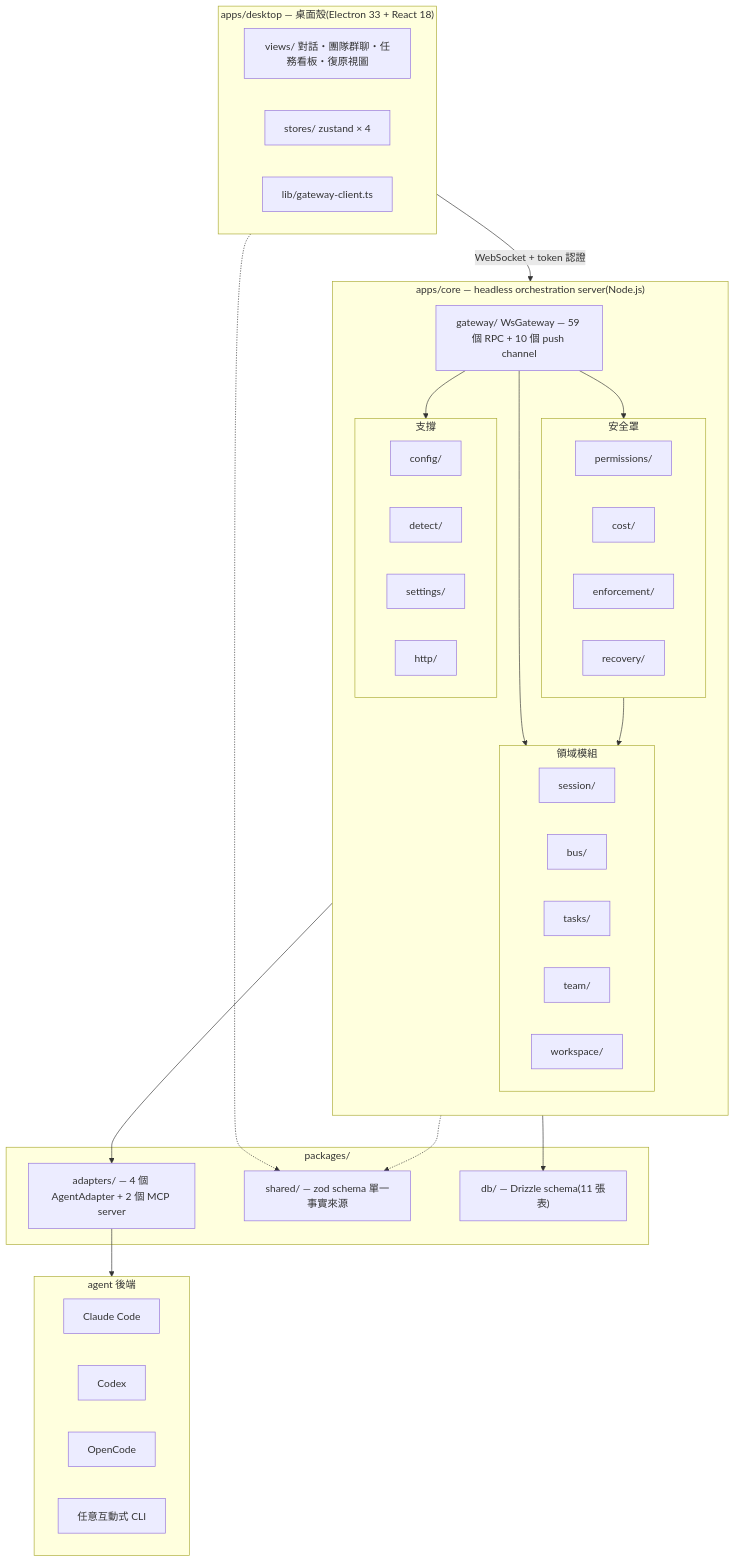
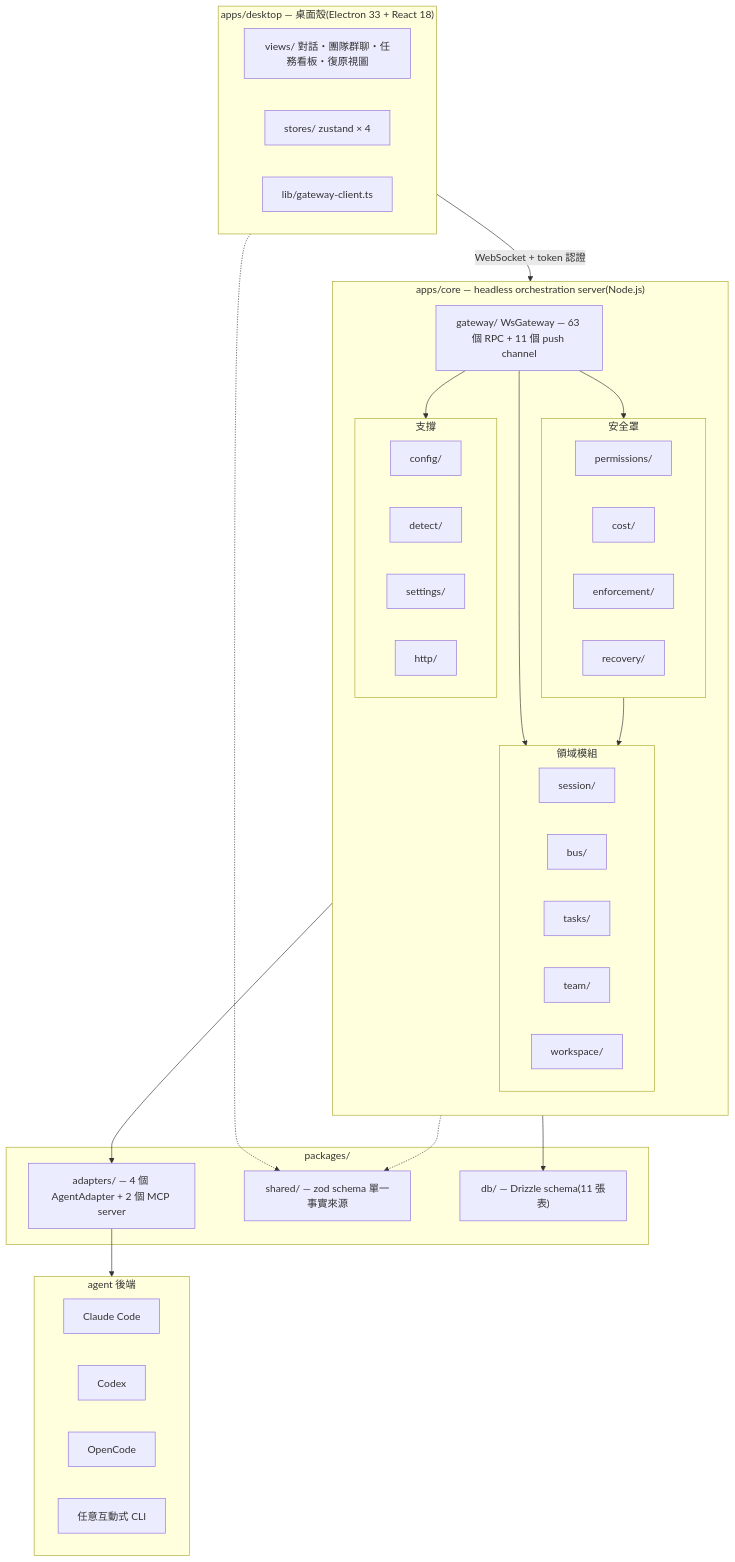
Before and after one commit to xing-101729/deskmony: the first of 6 diagrams in docs/ARCHITECTURE.md, drawn with Mermaid. The commit also changed other lines of this file and 3 other files, not shown here.

First line of the commit message:
Add a capability-oriented FEATURES.md, refresh remote-capability claims in README/ARCHITECTURE

````diff
--- a/docs/ARCHITECTURE.md
+++ b/docs/ARCHITECTURE.md
@@ -44,61 +44,61 @@
 ```mermaid
 flowchart TB
     subgraph SHELL["apps/desktop — 桌面殼(Electron 33 + React 18)"]
         direction LR
         Views["views/ 對話・團隊群聊・任務看板・復原視圖"]
         Stores["stores/ zustand × 4"]
         GWC["lib/gateway-client.ts"]
     end
 
     subgraph CORE["apps/core — headless orchestration server(Node.js)"]
         direction TB
-        GW["gateway/ WsGateway — 59 個 RPC + 10 個 push channel"]
+        GW["gateway/ WsGateway — 63 個 RPC + 11 個 push channel"]
         subgraph DOMAIN["領域模組"]
             direction LR
             Sess["session/"]
             Bus["bus/"]
             Task["tasks/"]
             Team["team/"]
             Work["workspace/"]
         end
         subgraph SHIELD["安全罩"]
             direction LR
             Perm["permissions/"]
             Cost["cost/"]
             Enf["enforcement/"]
             Rec["recovery/"]
         end
         subgraph SUPPORT["支撐"]
             direction LR
             Cfg["config/"]
             Det["detect/"]
             Set["settings/"]
             Http["http/"]
         end
     end
 
     subgraph PKG["packages/"]
         Adapters["adapters/ — 4 個 AgentAdapter + 2 個 MCP server"]
         Shared["shared/ — zod schema 單一事實來源"]
         Db["db/ — Drizzle schema(11 張表)"]
     end
 
     subgraph BACKENDS["agent 後端"]
         direction LR
         CC["Claude Code"]
         CDX["Codex"]
         OCS["OpenCode"]
         ANY["任意互動式 CLI"]
     end
 
     SHELL -- "WebSocket + token 認證" --> GW
     GW --> DOMAIN
     GW --> SHIELD
     GW --> SUPPORT
     DOMAIN --> Adapters
     SHIELD --> DOMAIN
     CORE --> Db
     Adapters --> BACKENDS
     SHELL -.-> Shared
     CORE -.-> Shared
 ```
````
